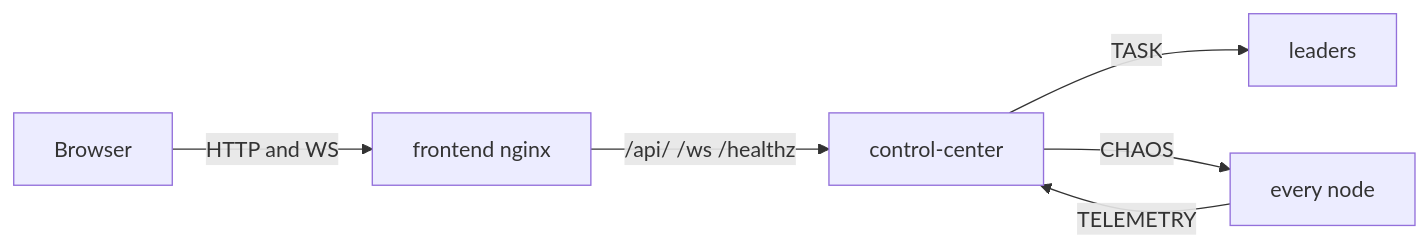
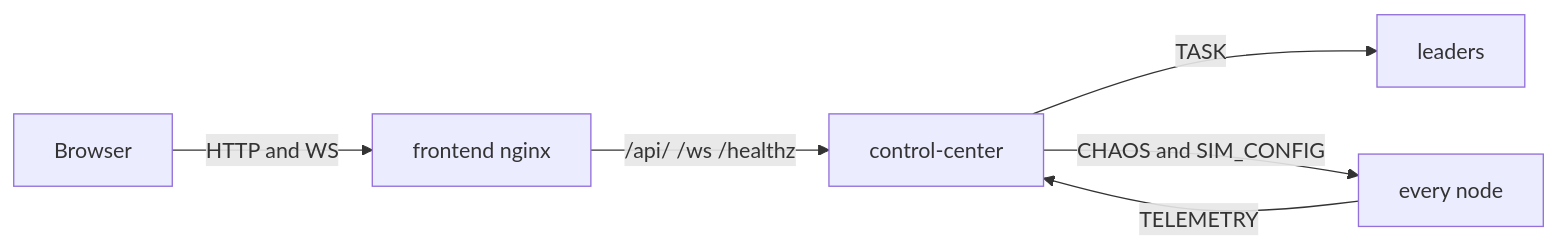
The first of 6 diagrams in docs/architecture/control-center.md (Aditya-Jyoti/swarm-communication), drawn with Mermaid before and after one commit. The commit also changed other lines of this file, not shown here.

Commit message:
docs(architecture): sim API, snapshot fields and killed state in the control center

````diff
--- a/docs/architecture/control-center.md
+++ b/docs/architecture/control-center.md
@@ -23,8 +26,8 @@
 ```mermaid
 flowchart LR
     B[Browser] -->|HTTP and WS| F[frontend nginx]
     F -->|/api/ /ws /healthz| CC[control-center]
     N[every node] -->|TELEMETRY| CC
     CC -->|TASK| L[leaders]
-    CC -->|CHAOS| N
+    CC -->|CHAOS and SIM_CONFIG| N
 ```
````
